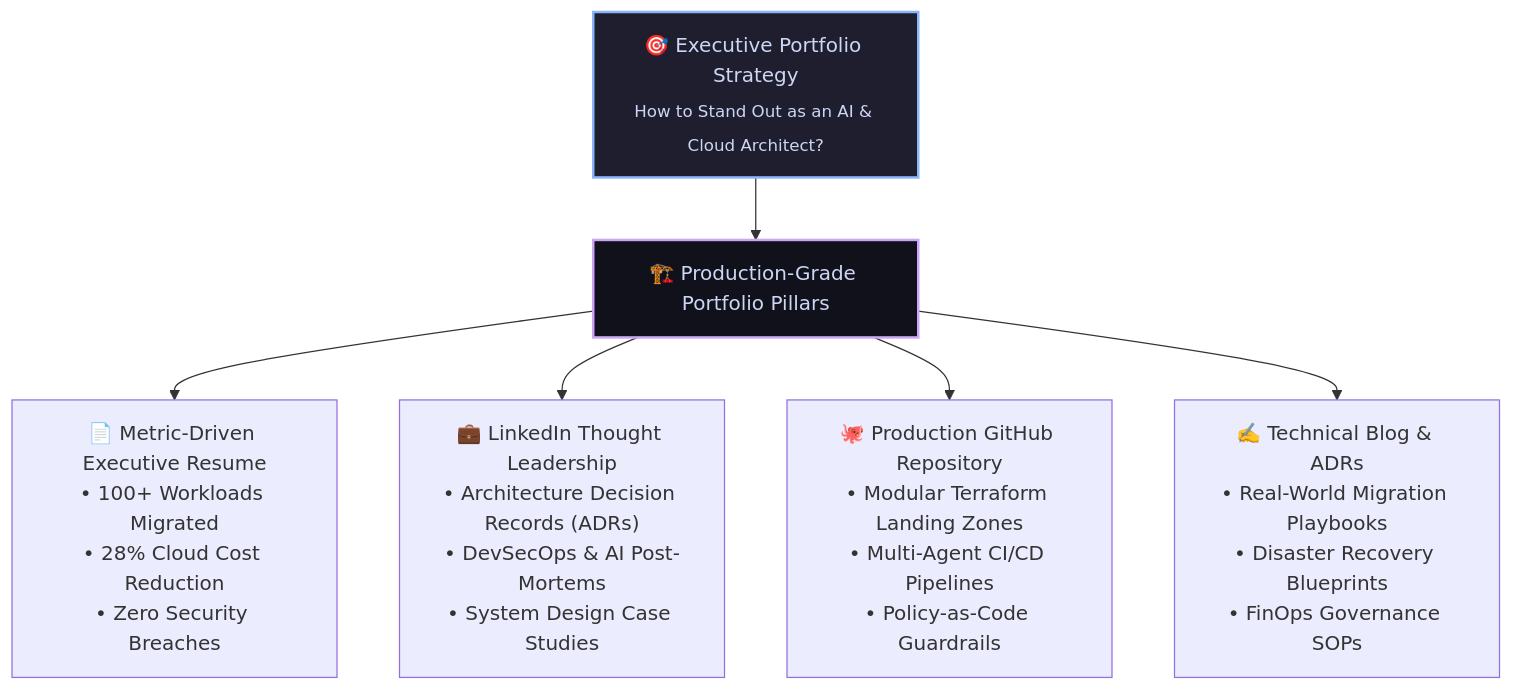
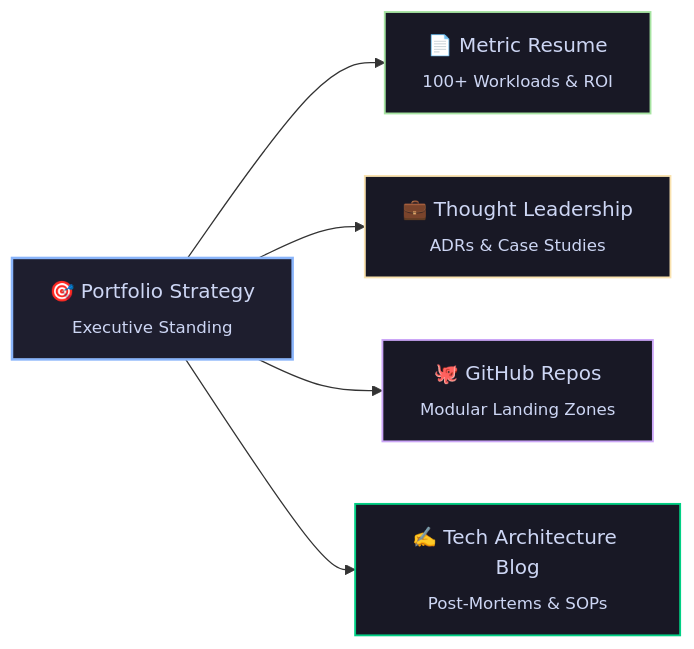
The second of 12 diagrams in README.md (saurabh2017sln-oss/saurabh2017sln-oss), drawn with Mermaid before and after one commit. The commit also changed other lines of this file, not shown here.

Commit message:
feat: redesign multi-agent architecture to horizontal layout with interactive CLI terminal and role matrix

````diff
--- a/README.md
+++ b/README.md
@@ -328,11 +337,13 @@
 ```mermaid
-graph TD
-    A["🎯 Executive Portfolio Strategy<br/><sub>How to Stand Out as an AI & Cloud Architect?</sub>"] --> B["🏗️ Production-Grade Portfolio Pillars"]
-    B --> C["📄 Metric-Driven Executive Resume<br/>• 100+ Workloads Migrated<br/>• 28% Cloud Cost Reduction<br/>• Zero Security Breaches"]
-    B --> D["💼 LinkedIn Thought Leadership<br/>• Architecture Decision Records (ADRs)<br/>• DevSecOps & AI Post-Mortems<br/>• System Design Case Studies"]
-    B --> E["🐙 Production GitHub Repository<br/>• Modular Terraform Landing Zones<br/>• Multi-Agent CI/CD Pipelines<br/>• Policy-as-Code Guardrails"]
-    B --> F["✍️ Technical Blog & ADRs<br/>• Real-World Migration Playbooks<br/>• Disaster Recovery Blueprints<br/>• FinOps Governance SOPs"]
+flowchart LR
+    Strategy["🎯 Portfolio Strategy<br/><sub>Executive Standing</sub>"] --> Resume["📄 Metric Resume<br/><sub>100+ Workloads & ROI</sub>"]
+    Strategy --> LinkedIn["💼 Thought Leadership<br/><sub>ADRs & Case Studies</sub>"]
+    Strategy --> Repos["🐙 GitHub Repos<br/><sub>Modular Landing Zones</sub>"]
+    Strategy --> Blog["✍️ Tech Architecture Blog<br/><sub>Post-Mortems & SOPs</sub>"]
 
-    style A fill:#1e1e2e,stroke:#89b4fa,stroke-width:2px,color:#cdd6f4
-    style B fill:#11111b,stroke:#cba6f7,stroke-width:2px,color:#cdd6f4
+    style Strategy fill:#1e1e2e,stroke:#89b4fa,stroke-width:2px,color:#cdd6f4
+    style Resume fill:#181825,stroke:#a6e3a1,stroke-width:1.5px,color:#cdd6f4
+    style LinkedIn fill:#181825,stroke:#f9e2af,stroke-width:1.5px,color:#cdd6f4
+    style Repos fill:#181825,stroke:#cba6f7,stroke-width:1.5px,color:#cdd6f4
+    style Blog fill:#181825,stroke:#00D084,stroke-width:1.5px,color:#cdd6f4
 ```
````
